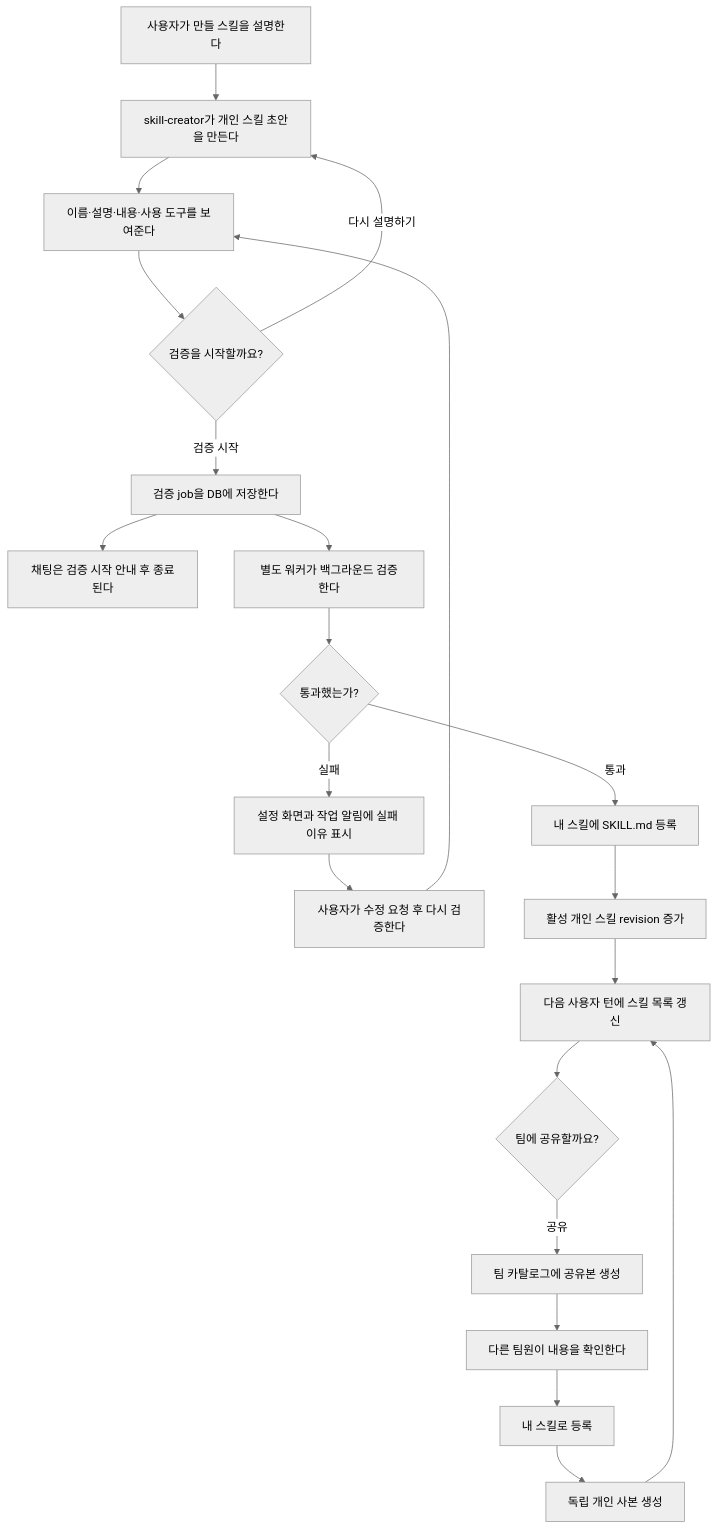
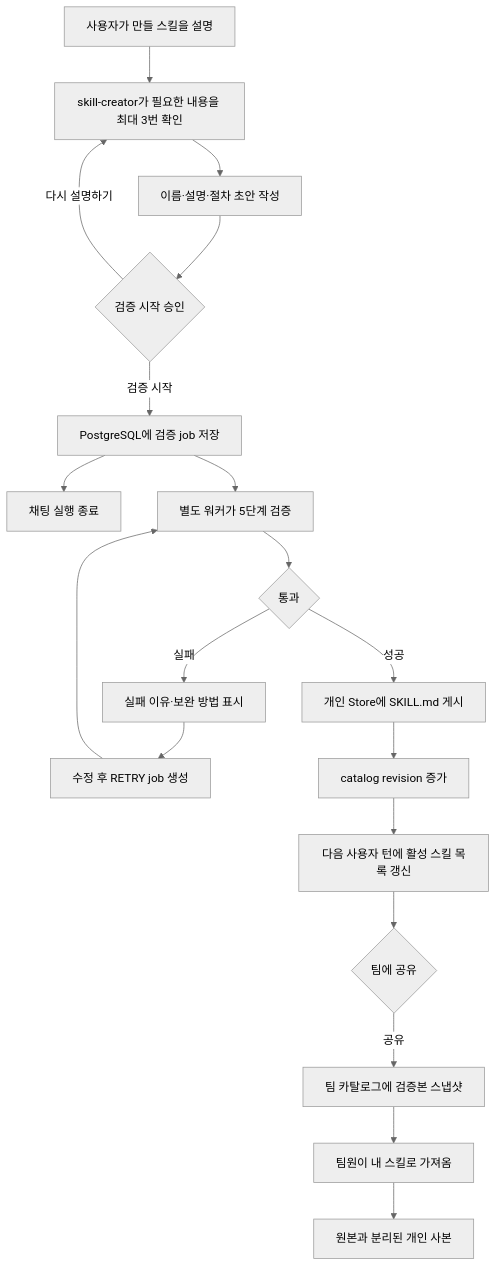
Before and after one commit to SKNETWORKS-FAMILY-AICAMP/SKN29-FINAL-2TEAM: the diagram in docs/설계 및 구현/3_중간발표 이후/작업기록/Juyeon_Agents_Description/03_스킬_검증_등록_설계.md, drawn with Mermaid (neutral theme). The commit also changed other lines of this file and 104 other files, not shown here.

````diff
--- a/docs/설계 및 구현/3_중간발표 이후/작업기록/Juyeon_Agents_Description/03_스킬_검증_등록_설계.md
+++ b/docs/설계 및 구현/3_중간발표 이후/작업기록/Juyeon_Agents_Description/03_스킬_검증_등록_설계.md
@@ -13,23 +8,21 @@
 ```mermaid
 flowchart TD
-    A[사용자가 만들 스킬을 설명한다] --> B[skill-creator가 개인 스킬 초안을 만든다]
-    B --> C[이름·설명·내용·사용 도구를 보여준다]
-    C --> D{검증을 시작할까요?}
+    A[사용자가 만들 스킬을 설명] --> B[skill-creator가 필요한 내용을 최대 3번 확인]
+    B --> C[이름·설명·절차 초안 작성]
+    C --> D{검증 시작 승인}
     D -->|다시 설명하기| B
-    D -->|검증 시작| E[검증 job을 DB에 저장한다]
-    E --> F[채팅은 검증 시작 안내 후 종료된다]
-    E --> G[별도 워커가 백그라운드 검증한다]
-    G --> H{통과했는가?}
-    H -->|실패| I[설정 화면과 작업 알림에 실패 이유 표시]
-    I --> J[사용자가 수정 요청 후 다시 검증한다]
-    J --> C
-    H -->|통과| K[내 스킬에 SKILL.md 등록]
-    K --> L[활성 개인 스킬 revision 증가]
-    L --> M[다음 사용자 턴에 스킬 목록 갱신]
-    M --> N{팀에 공유할까요?}
-    N -->|공유| O[팀 카탈로그에 공유본 생성]
-    O --> P[다른 팀원이 내용을 확인한다]
-    P --> Q[내 스킬로 등록]
-    Q --> R[독립 개인 사본 생성]
-    R --> M
+    D -->|검증 시작| E[PostgreSQL에 검증 job 저장]
+    E --> F[채팅 실행 종료]
+    E --> G[별도 워커가 5단계 검증]
+    G --> H{통과}
+    H -->|실패| I[실패 이유·보완 방법 표시]
+    I --> J[수정 후 RETRY job 생성]
+    J --> G
+    H -->|성공| K[개인 Store에 SKILL.md 게시]
+    K --> L[catalog revision 증가]
+    L --> M[다음 사용자 턴에 활성 스킬 목록 갱신]
+    M --> N{팀에 공유}
+    N -->|공유| O[팀 카탈로그에 검증본 스냅샷]
+    O --> P[팀원이 내 스킬로 가져옴]
+    P --> Q[원본과 분리된 개인 사본]
 ```
````
